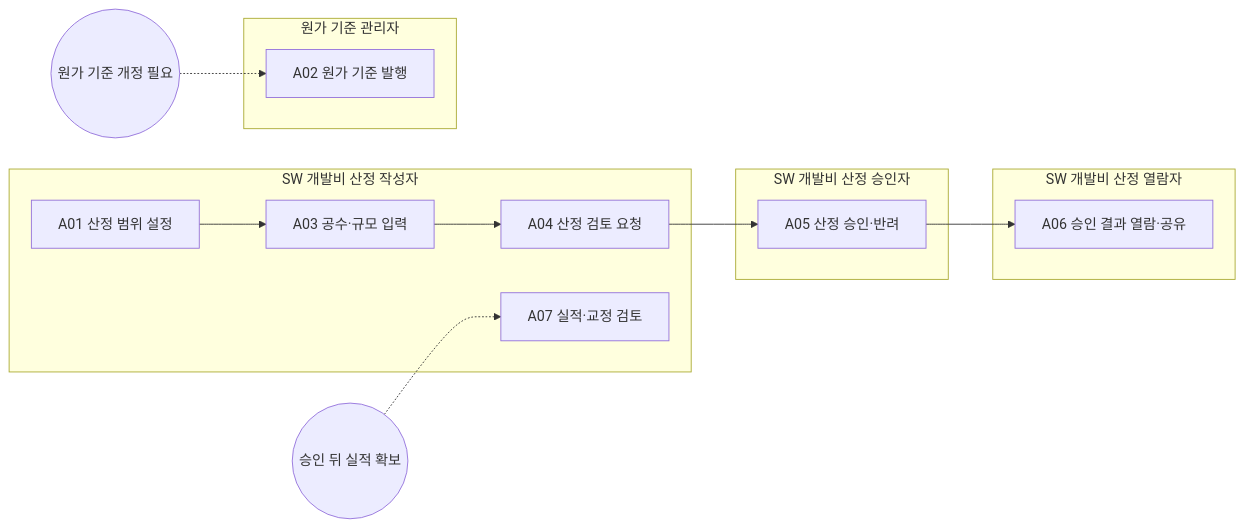
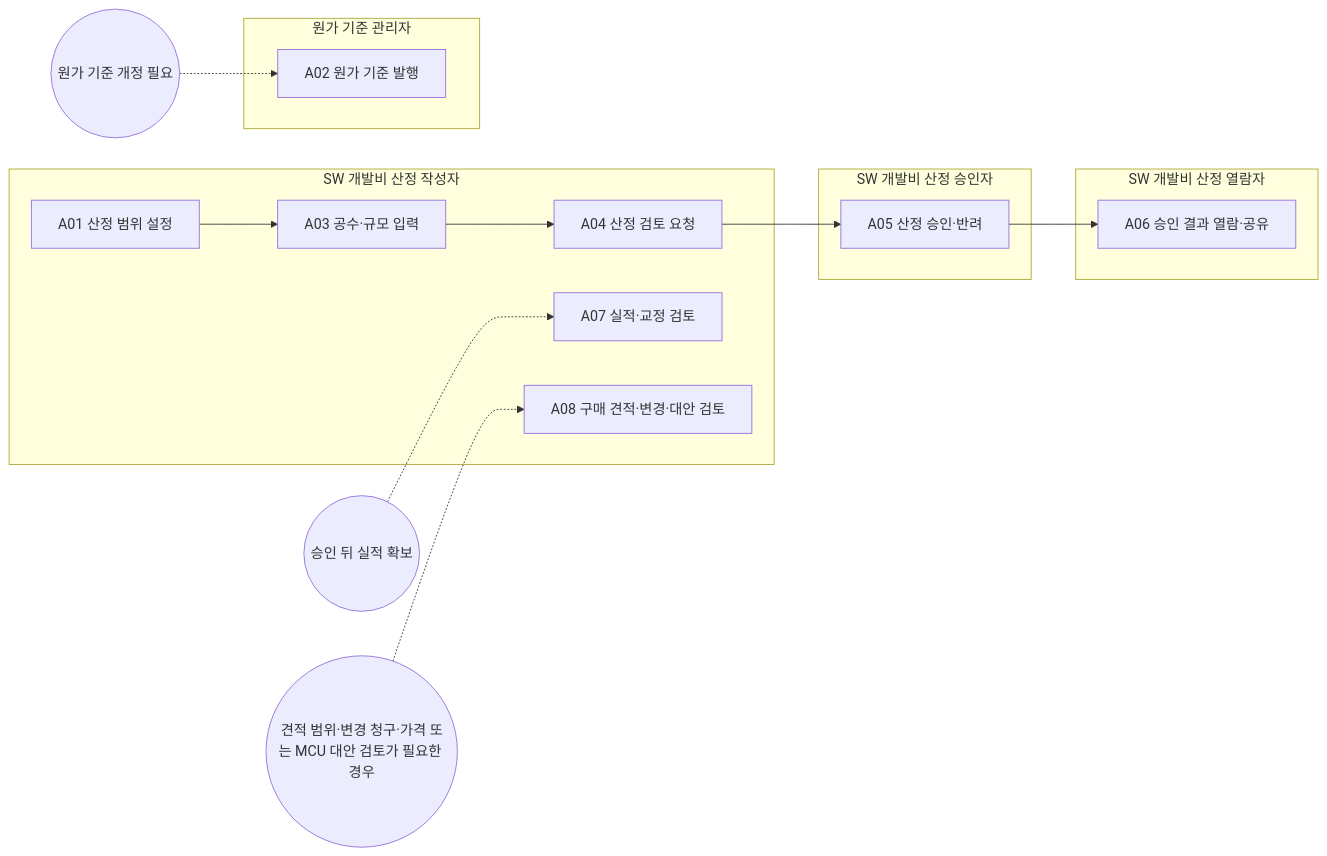
One commit to mutuuslab/feature-topology-platform changed the diagram in docs/65-workflows/out/processes/FPW.15.md. Above: the diagram before and after it, drawn with Mermaid. The commit also changed other lines of this file and 27 other files, not shown here.

````diff
--- a/docs/65-workflows/out/processes/FPW.15.md
+++ b/docs/65-workflows/out/processes/FPW.15.md
@@ -23,24 +23,26 @@
 ```mermaid
 flowchart LR
   subgraph R_CE["SW 개발비 산정 작성자"]
     FPW_15_A01["A01 산정 범위 설정"]
     FPW_15_A03["A03 공수·규모 입력"]
     FPW_15_A04["A04 산정 검토 요청"]
     FPW_15_A07["A07 실적·교정 검토"]
+    FPW_15_A08["A08 구매 견적·변경·대안 검토"]
   end
   subgraph R_CBA["원가 기준 관리자"]
     FPW_15_A02["A02 원가 기준 발행"]
   end
   subgraph R_CA["SW 개발비 산정 승인자"]
     FPW_15_A05["A05 산정 승인·반려"]
   end
   subgraph R_CV["SW 개발비 산정 열람자"]
     FPW_15_A06["A06 승인 결과 열람·공유"]
   end
   FPW_15_A01 --> FPW_15_A03
   T_FPW_15_A02(("원가 기준 개정 필요")) -.-> FPW_15_A02
   FPW_15_A03 --> FPW_15_A04
   FPW_15_A04 --> FPW_15_A05
   FPW_15_A05 --> FPW_15_A06
   T_FPW_15_A07(("승인 뒤 실적 확보")) -.-> FPW_15_A07
+  T_FPW_15_A08(("견적 범위·변경 청구·가격 또는 MCU 대안 검토가 필요한 경우")) -.-> FPW_15_A08
 ```
````
